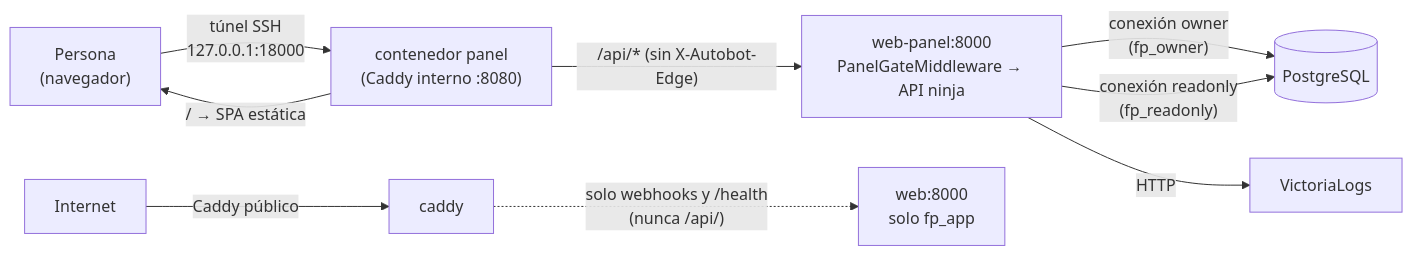
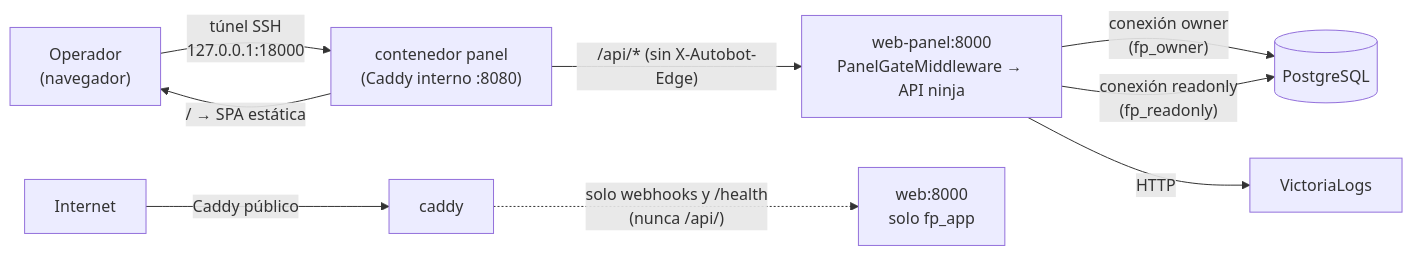
Before and after one commit to MarianodelRio/autobot: the first of 2 diagrams in docs/arquitectura/panel.md, drawn with Mermaid. The commit also changed other lines of this file and 74 other files, not shown here.

````diff
--- a/docs/arquitectura/panel.md
+++ b/docs/arquitectura/panel.md
@@ -12,11 +12,11 @@
 ```mermaid
 flowchart LR
-    P["Persona<br/>(navegador)"] -->|"túnel SSH<br/>127.0.0.1:18000"| PC["contenedor panel<br/>(Caddy interno :8080)"]
+    P["Operador<br/>(navegador)"] -->|"túnel SSH<br/>127.0.0.1:18000"| PC["contenedor panel<br/>(Caddy interno :8080)"]
     PC -->|"/ → SPA estática"| P
     PC -->|"/api/* (sin X-Autobot-Edge)"| WP["web-panel:8000<br/>PanelGateMiddleware → API ninja"]
     WP -->|"conexión owner<br/>(fp_owner)"| DB[("PostgreSQL")]
     WP -->|"conexión readonly<br/>(fp_readonly)"| DB
     WP -->|"HTTP"| VL["VictoriaLogs"]
     E["Internet"] -->|"Caddy público"| C["caddy"]
     C -.->|"solo webhooks y /health<br/>(nunca /api/)"| W["web:8000<br/>solo fp_app"]
 ```
````
